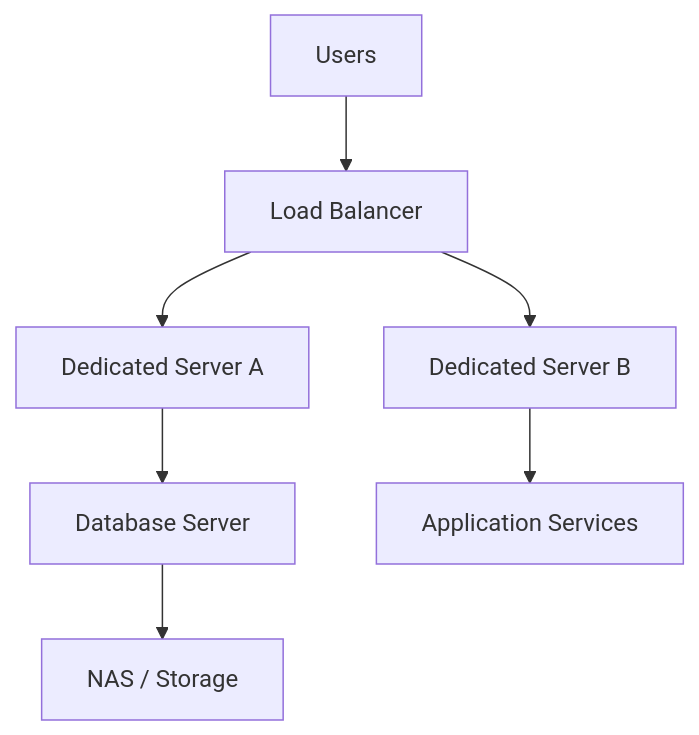
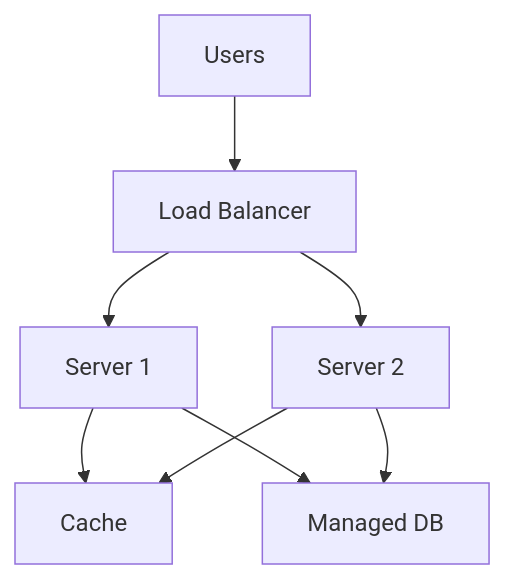
Diagram 22 of 25 in ARCHITECTURE.md (quesiblaq442-del/architecture-diagram), drawn with Mermaid before and after one commit. The commit also changed other lines of this file, not shown here.

````diff
--- a/ARCHITECTURE.md
+++ b/ARCHITECTURE.md
@@ -512,9 +549,10 @@
 ```mermaid
 graph TB
     Users["Users"] --> LB["Load Balancer"]
-    LB --> ServerA["Dedicated Server A"]
-    LB --> ServerB["Dedicated Server B"]
-    ServerA --> DB["Database Server"]
-    ServerB --> App["Application Services"]
-    DB --> Storage["NAS / Storage"]
+    LB --> App1["Server 1"]
+    LB --> App2["Server 2"]
+    App1 --> Cache["Cache"]
+    App2 --> Cache
+    App1 --> DB["Managed DB"]
+    App2 --> DB
 ```
````
